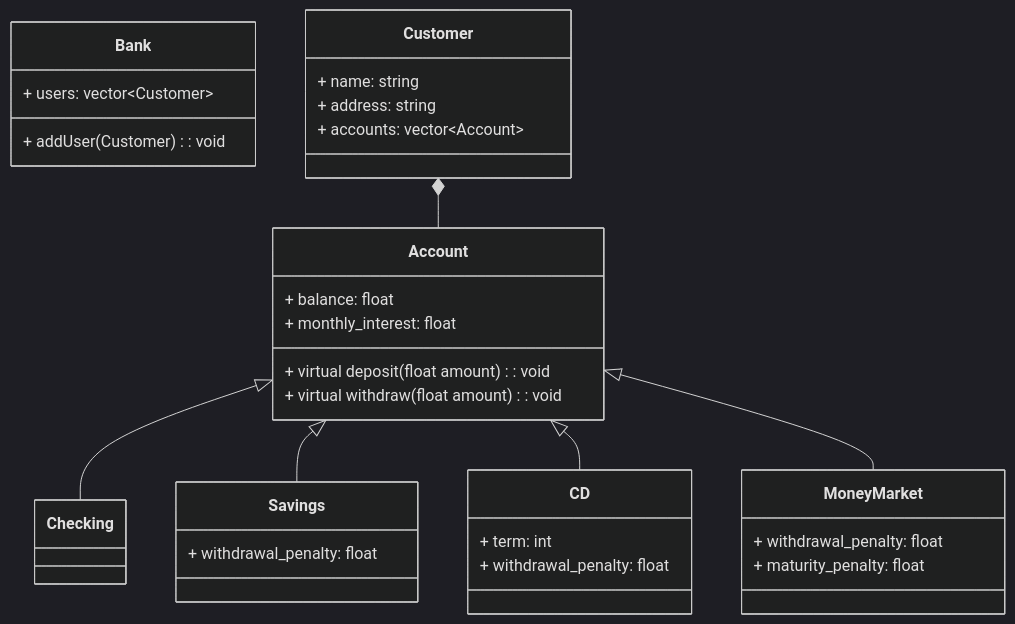
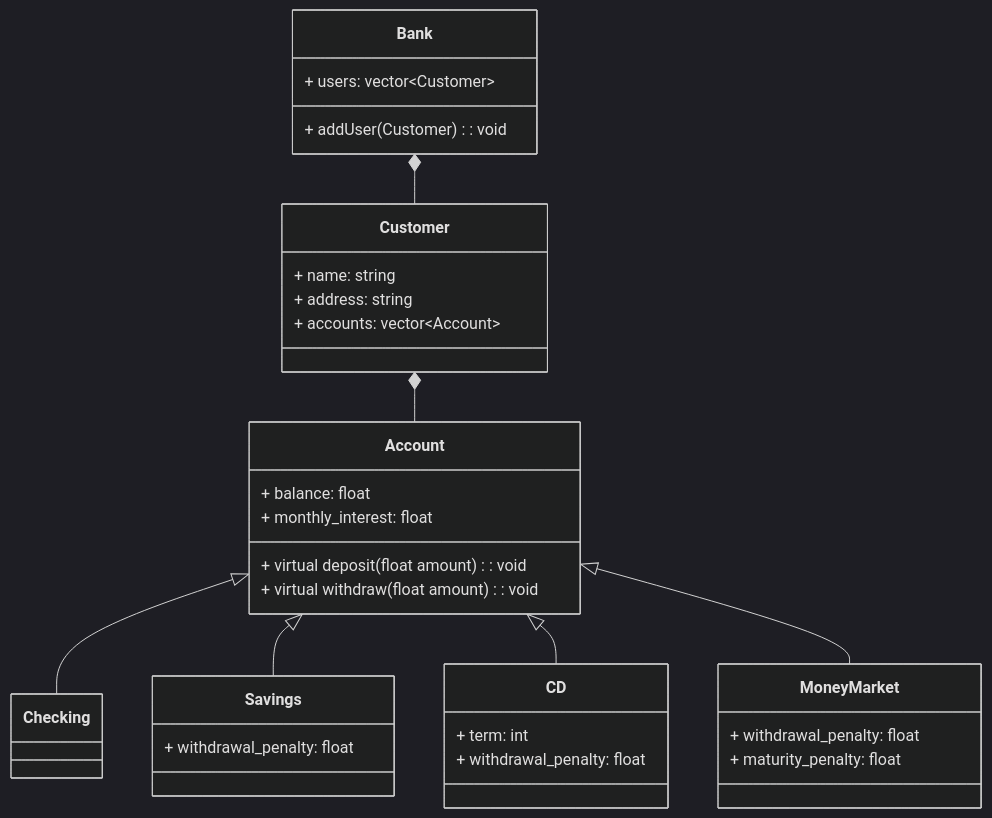
Before and after one commit to Tallented-Code-bot/CS-group-project: the diagram in README.md, drawn with Mermaid (dark theme). The commit also changed 14 other files, not shown here.

````diff
--- a/README.md
+++ b/README.md
@@ -12,54 +12,55 @@
 ``` mermaid
 classDiagram
     class Bank{
        + users: vector~Customer~
        + addUser(Customer): void
     }
     
 
 
     class Account{
         + balance: float
         + monthly_interest: float
         + virtual deposit(float amount): void
         + virtual withdraw(float amount): void
     }
 
 
 
     class Customer{
         + name: string
         + address: string
         + accounts: vector~Account~
     }
 
 
     class Checking{
 
     }
 
     class Savings{
         + withdrawal_penalty: float
     }
 
 
 
     class CD{
         + term: int
         + withdrawal_penalty: float
     }
 
     class MoneyMarket{
         + withdrawal_penalty: float
         + maturity_penalty: float
     }
 
 
 
     Account <|-- Checking
     Account <|-- Savings
     Account <|-- CD
     Account <|-- MoneyMarket
     Customer *-- Account
+    Bank *-- Customer
 
 ```
````
